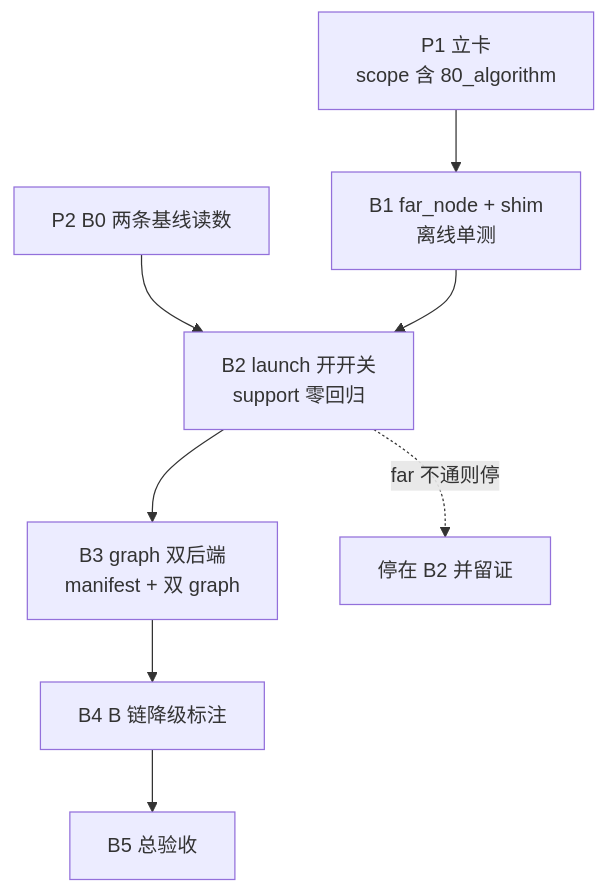
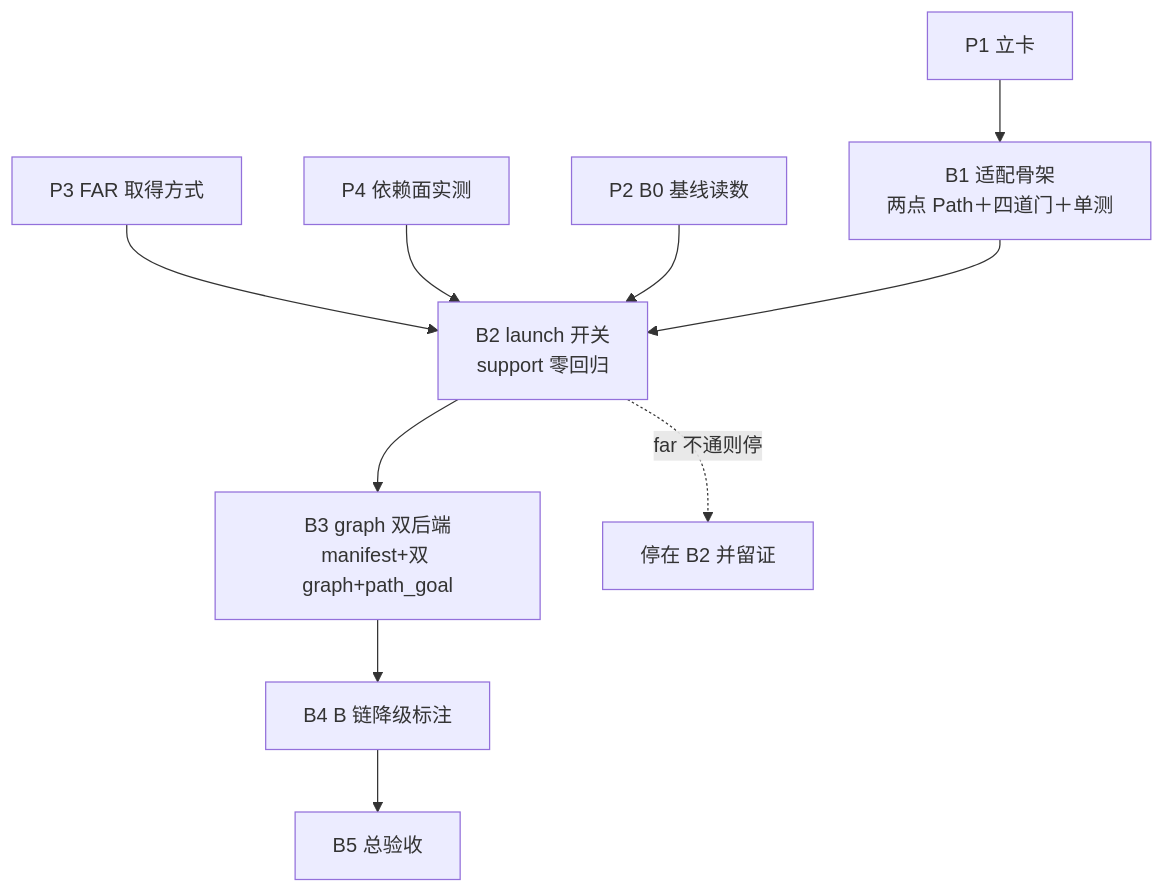
One commit to javencpdd/ros1-slam changed the diagram in note/架构/下一阶段任务计划_2026-11-22.md. Above: the diagram before and after it, drawn with Mermaid. The commit also changed other lines of this file, not shown here.

````diff
--- a/note/架构/下一阶段任务计划_2026-11-22.md
+++ b/note/架构/下一阶段任务计划_2026-11-22.md
@@ -200,10 +384,12 @@
 ```mermaid
 flowchart TD
-  P1["P1 立卡<br/>scope 含 80_algorithm"] --> B1
-  P2["P2 B0 两条基线读数"] --> B2
-  B1["B1 far_node + shim<br/>离线单测"] --> B2["B2 launch 开开关<br/>support 零回归"]
-  B2 --> B3["B3 graph 双后端<br/>manifest + 双 graph"]
+  P1["P1 立卡"] --> B1
+  P3["P3 FAR 取得方式"] --> B2
+  P4["P4 依赖面实测"] --> B2
+  P2["P2 B0 基线读数"] --> B2
+  B1["B1 适配骨架<br/>两点 Path＋四道门＋单测"] --> B2["B2 launch 开关<br/>support 零回归"]
+  B2 --> B3["B3 graph 双后端<br/>manifest+双 graph+path_goal"]
   B3 --> B4["B4 B 链降级标注"]
   B4 --> B5["B5 总验收"]
   B2 -.far 不通则停.-> STOP["停在 B2 并留证"]
 ```
````
